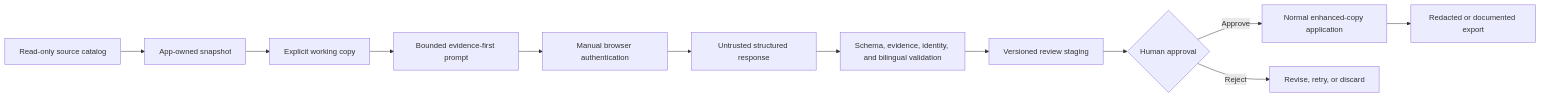
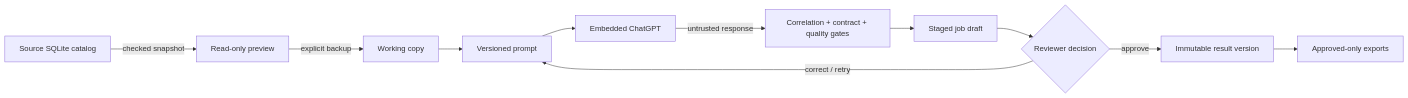
The first of 2 diagrams in README.md (NouraldinFarge/research-studio-case-study), drawn with Mermaid before and after one commit. The commit also changed other lines of this file and 17 other files, not shown here.

````diff
--- a/README.md
+++ b/README.md
@@ -73,14 +83,13 @@
 ```mermaid
 flowchart LR
-    A["Read-only source catalog"] --> B["App-owned snapshot"]
-    B --> C["Explicit working copy"]
-    C --> D["Bounded evidence-first prompt"]
-    D --> E["Manual browser authentication"]
-    E --> F["Untrusted structured response"]
-    F --> G["Schema, evidence, identity, and bilingual validation"]
-    G --> H["Versioned review staging"]
-    H --> I{"Human approval"}
-    I -->|Approve| J["Normal enhanced-copy application"]
-    I -->|Reject| K["Revise, retry, or discard"]
-    J --> L["Redacted or documented export"]
+    Source["Source SQLite catalog"] -->|"checked snapshot"| Preview["Read-only preview"]
+    Preview -->|"explicit backup"| Working["Working copy"]
+    Working --> Prompt["Versioned prompt"]
+    Prompt --> Assistant["Embedded ChatGPT"]
+    Assistant -->|"untrusted response"| Validate["Correlation + contract + quality gates"]
+    Validate --> Draft["Staged job draft"]
+    Draft --> Decision{"Reviewer decision"}
+    Decision -->|"approve"| Result["Immutable result version"]
+    Decision -->|"correct / retry"| Prompt
+    Result --> Export["Approved-only exports"]
 ```
````
